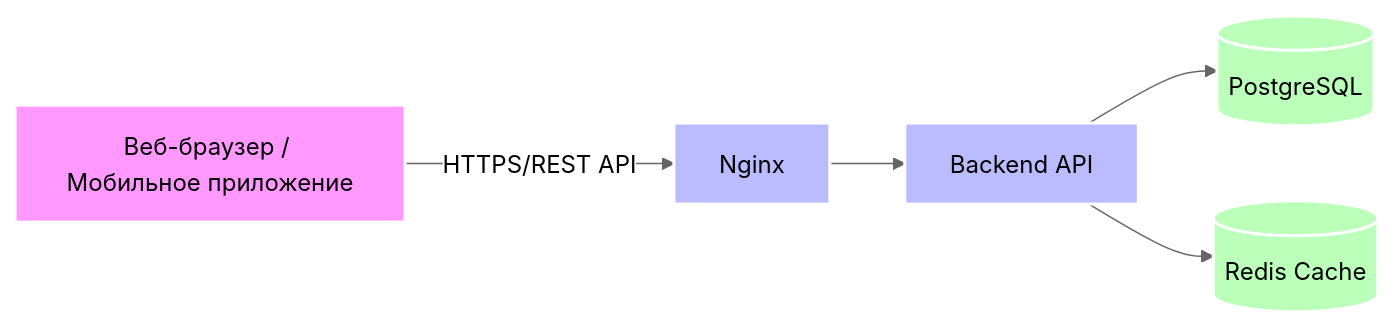
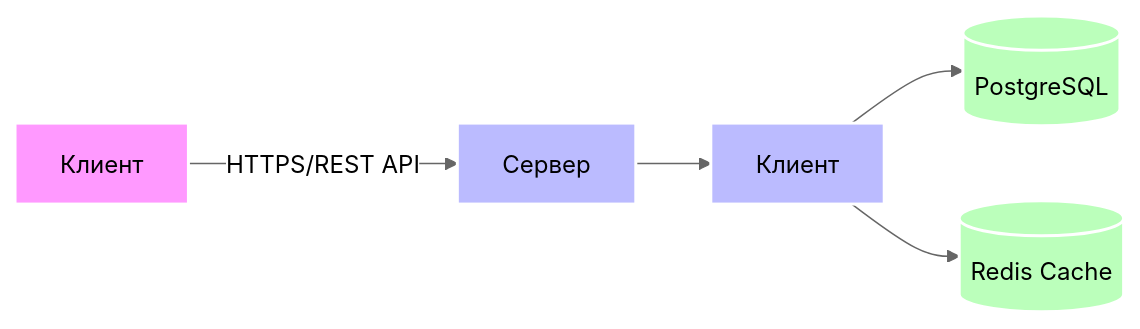
One commit to luzstrik/project-system-vvsu changed the first of 2 diagrams in 8.md. Above: the diagram before and after it, drawn with Mermaid (neutral theme).

````diff
--- a/8.md
+++ b/8.md
@@ -9,15 +9,15 @@
 ```mermaid
 graph LR
-    A[Веб-браузер / Мобильное приложение] -->|HTTPS/REST API| B[Nginx]
-    B --> C["Backend API"]
+    A[Клиент] -->|HTTPS/REST API| B[Сервер]
+    B --> C["Клиент"]
     C --> D[(PostgreSQL)]
     C --> E[(Redis Cache)]
     
     classDef client fill:#f9f,stroke:#FFFFFF,stroke-width:2px;
     classDef server fill:#bbf,stroke:#FFFFFF,stroke-width:2px;
     classDef db fill:#bfb,stroke:#FFFFFF,stroke-width:2px;
     
     class A client;
     class B,C server;
     class D,E db;
 ```
````
